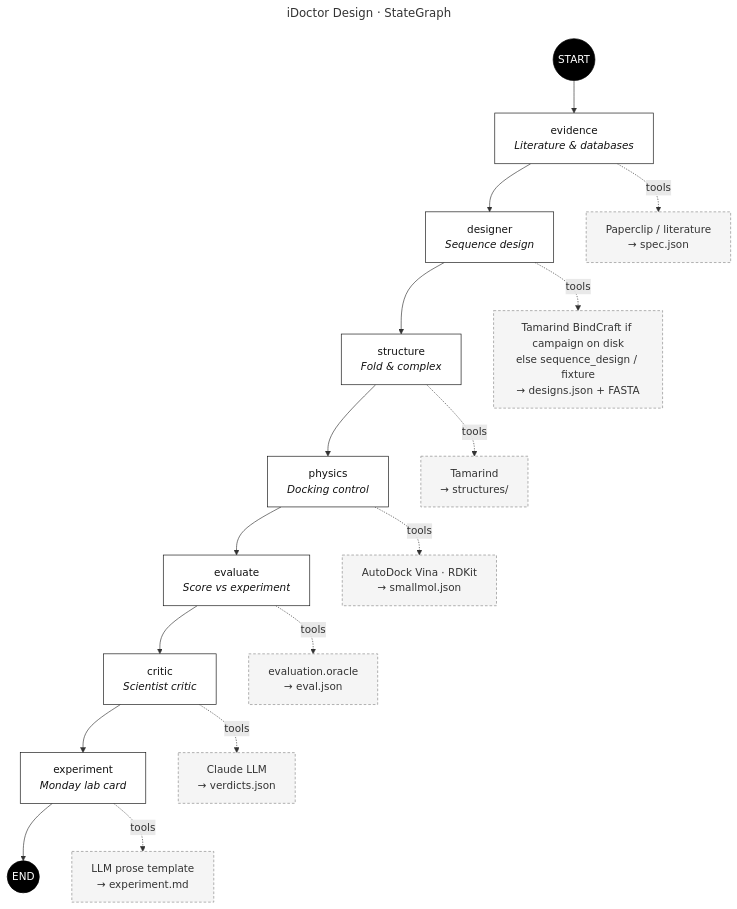
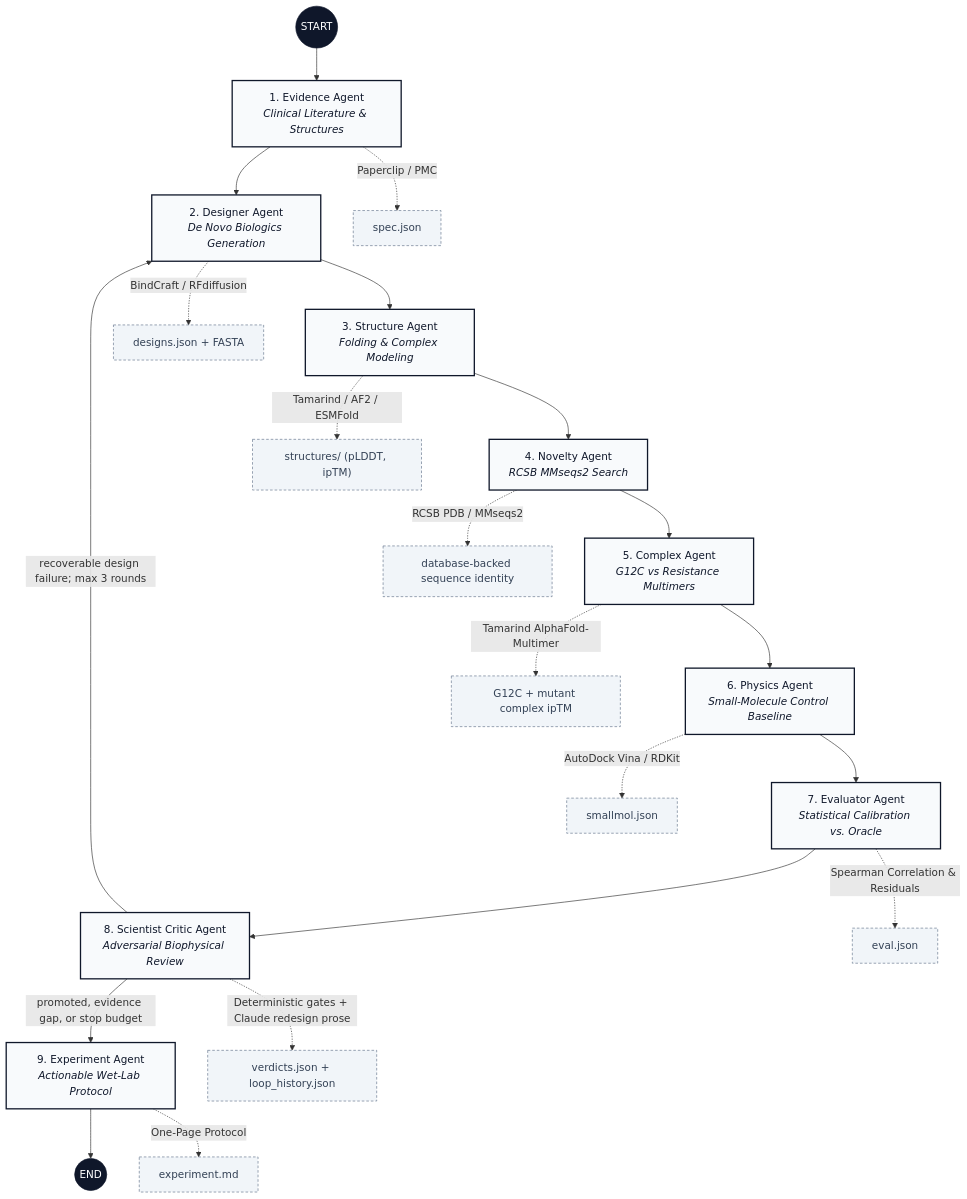
The first of 2 diagrams in README.md (pramodthe/idoctor-design), drawn with Mermaid before and after one commit. The commit also changed other lines of this file and 75 other files, not shown here.

First line of the commit message:
Agentic evidence loop, complex evaluation, and a rebuilt Trust UI

````diff
--- a/README.md
+++ b/README.md
@@ -81,38 +51,32 @@
 ```mermaid
----
-title: iDoctor Design · StateGraph
----
 flowchart TD
-  classDef startend fill:#000,color:#fff,stroke:#000
-  classDef agent fill:#fff,stroke:#111,color:#111
-  classDef tool fill:#f5f5f5,stroke:#888,stroke-dasharray: 4 3,color:#333
+  classDef agent fill:#f8fafc,stroke:#0f172a,stroke-width:2px,color:#0f172a
+  classDef tool fill:#f1f5f9,stroke:#64748b,stroke-dasharray: 4 3,color:#334155
+  classDef startend fill:#0f172a,color:#fff,stroke:#0f172a
 
-  __start__((START)):::startend
+  START((START)):::startend
+  E["1. Evidence Agent<br/><i>Clinical Literature &amp; Structures</i>"]:::agent
+  D["2. Designer Agent<br/><i>De Novo Biologics Generation</i>"]:::agent
+  S["3. Structure Agent<br/><i>Folding &amp; Complex Modeling</i>"]:::agent
+  N["4. Novelty Agent<br/><i>RCSB MMseqs2 Search</i>"]:::agent
+  M["5. Complex Agent<br/><i>G12C vs Resistance Multimers</i>"]:::agent
+  P["6. Physics Agent<br/><i>Small-Molecule Control Baseline</i>"]:::agent
+  V["7. Evaluator Agent<br/><i>Statistical Calibration vs. Oracle</i>"]:::agent
+  C["8. Scientist Critic Agent<br/><i>Adversarial Biophysical Review</i>"]:::agent
+  X["9. Experiment Agent<br/><i>Actionable Wet-Lab Protocol</i>"]:::agent
+  END((END)):::startend
 
-  evidence["evidence<br/><i>Literature &amp; databases</i>"]:::agent
-  designer["designer<br/><i>Sequence design</i>"]:::agent
-  structure["structure<br/><i>Fold &amp; complex</i>"]:::agent
-  physics["physics<br/><i>Docking control</i>"]:::agent
-  evaluate["evaluate<br/><i>Score vs experiment</i>"]:::agent
-  critic["critic<br/><i>Scientist critic</i>"]:::agent
-  experiment["experiment<br/><i>Monday lab card</i>"]:::agent
+  START --> E --> D --> S --> N --> M --> P --> V --> C
+  C -->|promoted, evidence gap, or stop budget| X --> END
+  C -->|recoverable design failure; max 3 rounds| D
 
-  __end__((END)):::startend
-
-  __start__ --> evidence
-  evidence --> designer
-  designer --> structure
-  structure --> physics
-  physics --> evaluate
-  evaluate --> critic
-  critic --> experiment
-  experiment --> __end__
-
-  evidence -. tools .-> t_paperclip["Paperclip / literature<br/>→ spec.json"]:::tool
-  designer -. tools .-> t_design["Tamarind BindCraft if campaign on disk<br/>else sequence_design / fixture<br/>→ designs.json + FASTA"]:::tool
-  structure -. tools .-> t_tam["Tamarind<br/>→ structures/"]:::tool
-  physics -. tools .-> t_vina["AutoDock Vina · RDKit<br/>→ smallmol.json"]:::tool
-  evaluate -. tools .-> t_oracle["evaluation.oracle<br/>→ eval.json"]:::tool
-  critic -. tools .-> t_claude["Claude LLM<br/>→ verdicts.json"]:::tool
-  experiment -. tools .-> t_card["LLM prose template<br/>→ experiment.md"]:::tool
+  E -.->|Paperclip / PMC| T1["spec.json"]:::tool
+  D -.->|BindCraft / RFdiffusion| T2["designs.json + FASTA"]:::tool
+  S -.->|Tamarind / AF2 / ESMFold| T3["structures/ (pLDDT, ipTM)"]:::tool
+  N -.->|RCSB PDB / MMseqs2| T8["database-backed sequence identity"]:::tool
+  M -.->|Tamarind AlphaFold-Multimer| T9["G12C + mutant complex ipTM"]:::tool
+  P -.->|AutoDock Vina / RDKit| T4["smallmol.json"]:::tool
+  V -.->|Spearman Correlation & Residuals| T5["eval.json"]:::tool
+  C -.->|Deterministic gates + Claude redesign prose| T6["verdicts.json + loop_history.json"]:::tool
+  X -.->|One-Page Protocol| T7["experiment.md"]:::tool
 ```
````
